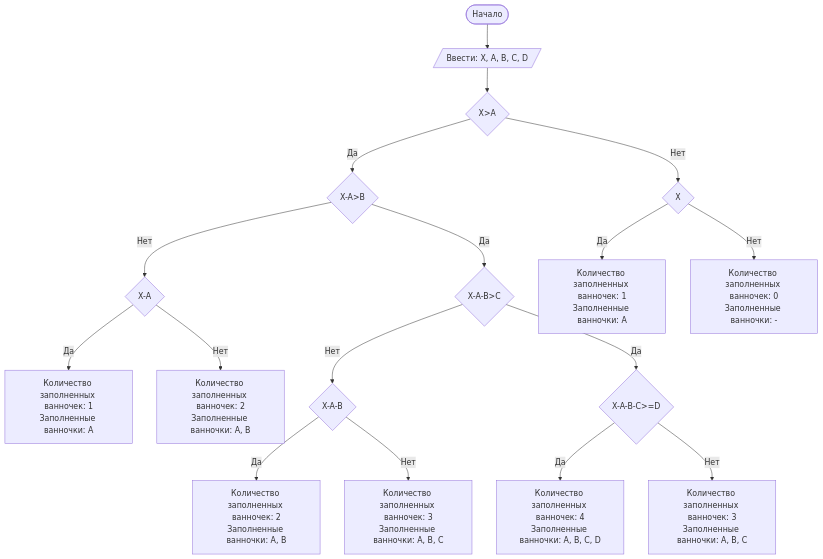
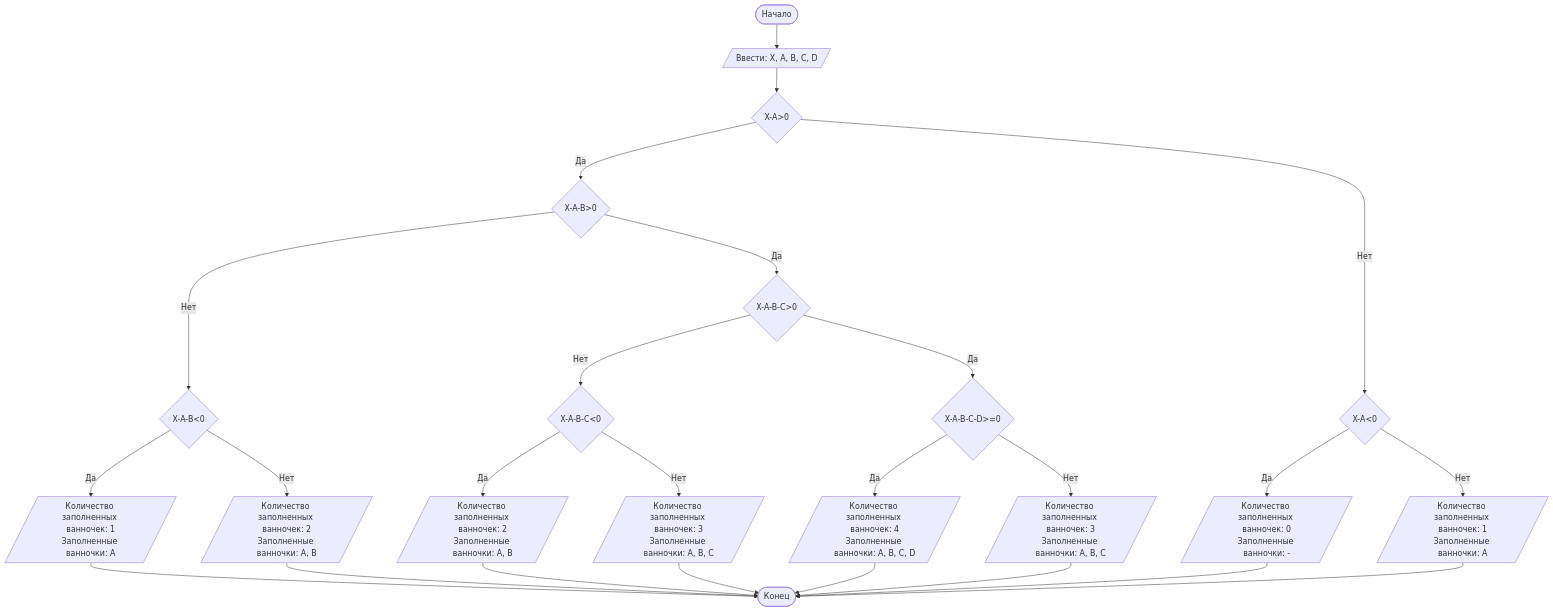
Before and after one commit to DenisMalyshev53/Lab1: the diagram in README.md, drawn with Mermaid. The commit also changed other lines of this file, not shown here.

````diff
--- a/README.md
+++ b/README.md
@@ -78,28 +78,36 @@
 ```mermaid
 graph TD
     A([Начало]) --> B[/Ввести: X, A, B, C, D/]
-    B --> C{X>A}
-    C -- Да --> D{X-A>B}
-    D -- Нет --> Q{X-A<B}
-    Q -- Да --> T[Количество заполненных ванночек: 1
-Заполненные ванночки: A]
-    Q -- Нет --> Z[Количество заполненных ванночек: 2
-Заполненные ванночки: A, B]
-    D -- Да --> E{X-A-B>C}
-    E -- Нет --> L{X-A-B<C}
-    L -- Да --> K[Количество заполненных ванночек: 2
-Заполненные ванночки: A, B]
-    L -- Нет --> q[Количество заполненных ванночек: 3
-Заполненные ванночки: A, B, C]
-    E -- Да --> H{X-A-B-C>=D}
-    H -- Да --> r[Количество заполненных ванночек: 4
-Заполненные ванночки: A, B, C, D]
-    H -- Нет -->t[Количество заполненных ванночек: 3
-Заполненные ванночки: A, B, C]
-    C -- Нет --> P{X<A}
-    P -- Да --> O[Количество заполненных ванночек: 1
-Заполненные ванночки: A]
-    P -- Нет --> G[Количество заполненных ванночек: 0
-Заполненные ванночки: -]
-    
+    B --> C{X-A>0}
+    C -- Да --> D{X-A-B>0}
+    D -- Нет --> Q{X-A-B<0}
+    Q -- Да --> T[/Количество заполненных ванночек: 1
+Заполненные ванночки: A/]
+    Q -- Нет --> Z[/Количество заполненных ванночек: 2
+Заполненные ванночки: A, B/]
+    D -- Да --> E{X-A-B-C>0}
+    E -- Нет --> L{X-A-B-C<0}
+    L -- Да --> K[/Количество заполненных ванночек: 2
+Заполненные ванночки: A, B/]
+    L -- Нет --> q[/Количество заполненных ванночек: 3
+Заполненные ванночки: A, B, C/]
+    E -- Да --> H{X-A-B-C-D>=0}
+    H -- Да --> r[/Количество заполненных ванночек: 4
+Заполненные ванночки: A, B, C, D/]
+    H -- Нет -->t[/Количество заполненных ванночек: 3
+Заполненные ванночки: A, B, C/]
+    C -- Нет --> P{X-A<0}
+    P -- Да --> O[/Количество заполненных ванночек: 0
+Заполненные ванночки: -/]
+    P -- Нет --> G[/Количество заполненных ванночек: 1
+Заполненные ванночки: A/]
+    T --> b([Конец])
+    Z --> b([Конец])
+    K --> b([Конец])
+    q --> b([Конец])
+    r --> b([Конец])
+    t --> b([Конец])
+    O --> b([Конец])
+    G --> b([Конец])
+
 ```
````
